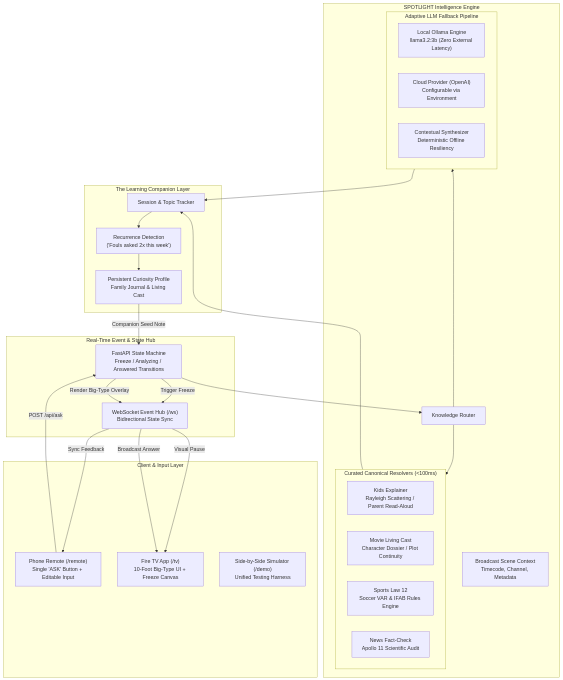
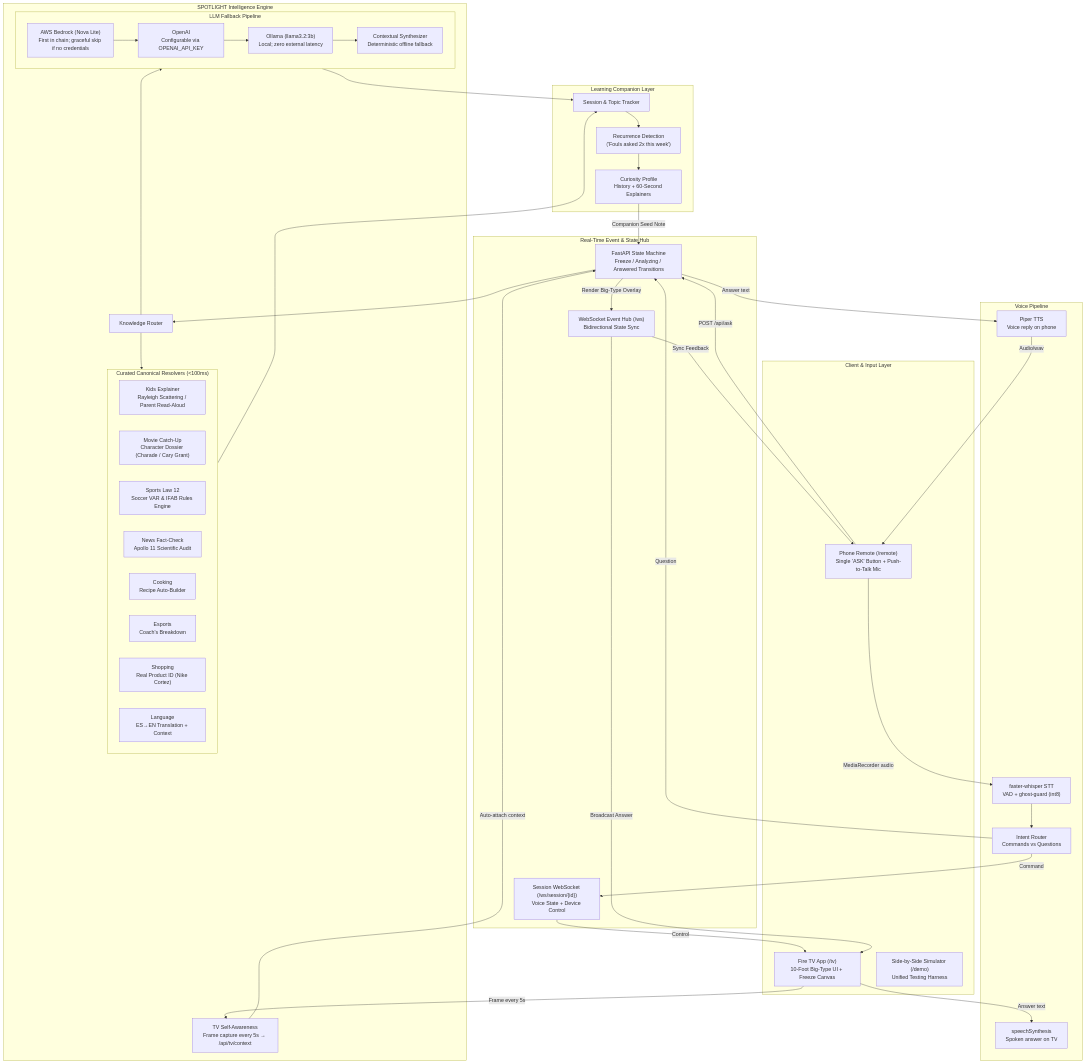
Before and after one commit to Sourabh-Kumar04/Spotlight: the diagram in ARCHITECTURE.md, drawn with Mermaid. The commit also changed other lines of this file, not shown here.

First line of the commit message:
docs: ARCHITECTURE — rewrite to match shipped app

````diff
--- a/ARCHITECTURE.md
+++ b/ARCHITECTURE.md
@@ -10,57 +11,83 @@
 ```mermaid
 flowchart TD
     subgraph ClientLayer ["Client & Input Layer"]
-        Remote["Phone Remote (/remote)<br/>Single 'ASK' Button + Editable Input"]
+        Remote["Phone Remote (/remote)<br/>Single 'ASK' Button + Push-to-Talk Mic"]
         FireTV["Fire TV App (/tv)<br/>10-Foot Big-Type UI + Freeze Canvas"]
         Simulator["Side-by-Side Simulator (/demo)<br/>Unified Testing Harness"]
     end
 
     subgraph HubLayer ["Real-Time Event & State Hub"]
         WS["WebSocket Event Hub (/ws)<br/>Bidirectional State Sync"]
+        SessionWS["Session WebSocket (/ws/session/{id})<br/>Voice State + Device Control"]
         REST["FastAPI State Machine<br/>Freeze / Analyzing / Answered Transitions"]
     end
 
     subgraph EngineLayer ["SPOTLIGHT Intelligence Engine"]
-        SceneContext["Broadcast Scene Context<br/>Timecode, Channel, Metadata"]
-        
+        TVContext["TV Self-Awareness<br/>Frame capture every 5s → /api/tv/context"]
         Router["Knowledge Router"]
-        
+
         subgraph CuratedResolvers ["Curated Canonical Resolvers (<100ms)"]
             KidsEng["Kids Explainer<br/>Rayleigh Scattering / Parent Read-Aloud"]
-            MovieEng["Movie Living Cast<br/>Character Dossier / Plot Continuity"]
+            MovieEng["Movie Catch-Up<br/>Character Dossier (Charade / Cary Grant)"]
             SportsEng["Sports Law 12<br/>Soccer VAR & IFAB Rules Engine"]
             NewsEng["News Fact-Check<br/>Apollo 11 Scientific Audit"]
+            CookingEng["Cooking<br/>Recipe Auto-Builder"]
+            EsportsEng["Esports<br/>Coach's Breakdown"]
+            ShoppingEng["Shopping<br/>Real Product ID (Nike Cortez)"]
+            LanguageEng["Language<br/>ES→EN Translation + Context"]
         end
-        
-        subgraph FallbackPipeline ["Adaptive LLM Fallback Pipeline"]
-            OllamaClient["Local Ollama Engine<br/>llama3.2:3b (Zero External Latency)"]
-            OpenAIClient["Cloud Provider (OpenAI)<br/>Configurable via Environment"]
-            ContextSynth["Contextual Synthesizer<br/>Deterministic Offline Resiliency"]
+
+        subgraph FallbackPipeline ["LLM Fallback Pipeline"]
+            BedrockClient["AWS Bedrock (Nova Lite)<br/>First in chain; graceful skip if no credentials"]
+            OpenAIClient["OpenAI<br/>Configurable via OPENAI_API_KEY"]
+            OllamaClient["Ollama (llama3.2:3b)<br/>Local; zero external latency"]
+            ContextSynth["Contextual Synthesizer<br/>Deterministic offline fallback"]
         end
     end
 
-    subgraph LearningLayer ["The Learning Companion Layer"]
+    subgraph VoiceLayer ["Voice Pipeline"]
+        STT["faster-whisper STT<br/>VAD + ghost-guard (int8)"]
+        TTS["Piper TTS<br/>Voice reply on phone"]
+        SpeechSynth["speechSynthesis<br/>Spoken answer on TV"]
+        IntentRouter["Intent Router<br/>Commands vs Questions"]
+    end
+
+    subgraph LearningLayer ["Learning Companion Layer"]
         SessionMgr["Session & Topic Tracker"]
         FreqDetector["Recurrence Detection<br/>('Fouls asked 2x this week')"]
-        CuriosityLog["Persistent Curiosity Profile<br/>Family Journal & Living Cast"]
+        CuriosityLog["Curiosity Profile<br/>History + 60-Second Explainers"]
     end
 
     Remote -->|POST /api/ask| REST
-    REST -->|Trigger Freeze| WS
-    WS -->|Visual Pause| FireTV
-    
+    Remote -->|MediaRecorder audio| STT
+    STT --> IntentRouter
+    IntentRouter -->|Question| REST
+    IntentRouter -->|Command| SessionWS
+    SessionWS -->|Control| FireTV
+
+    FireTV -->|Frame every 5s| TVContext
+    TVContext -->|Auto-attach context| REST
+
     REST --> Router
     Router --> CuratedResolvers
     Router --> FallbackPipeline
-    
+
+    BedrockClient --> OpenAIClient
+    OpenAIClient --> OllamaClient
+    OllamaClient --> ContextSynth
+
     CuratedResolvers --> SessionMgr
     FallbackPipeline --> SessionMgr
-    
+
     SessionMgr --> FreqDetector
     FreqDetector --> CuriosityLog
     CuriosityLog -->|Companion Seed Note| REST
-    
+
     REST -->|Render Big-Type Overlay| WS
     WS -->|Broadcast Answer| FireTV
     WS -->|Sync Feedback| Remote
+
+    REST -->|Answer text| TTS
+    TTS -->|Audio/wav| Remote
+    FireTV -->|Answer text| SpeechSynth
 ```
````
